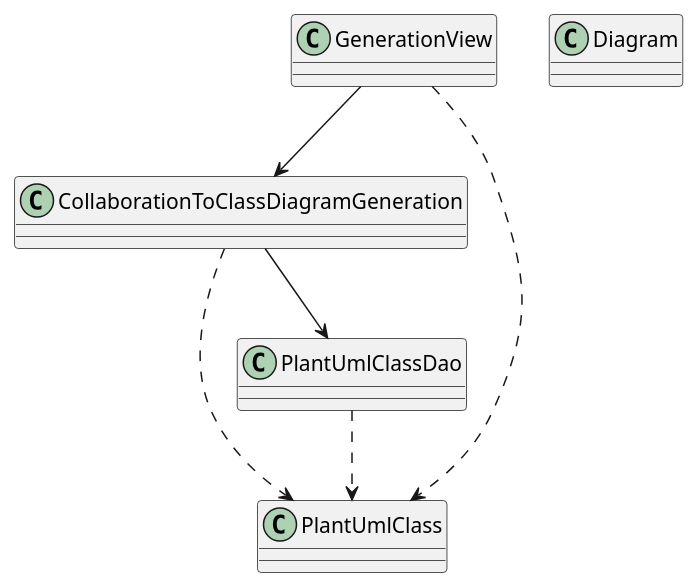
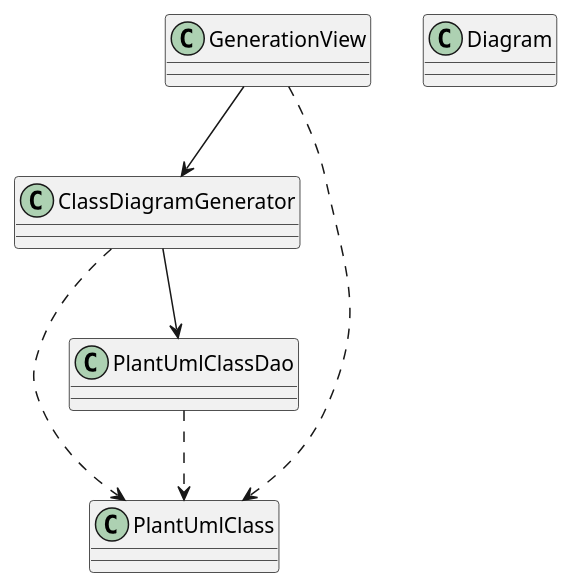
One commit to rup-projects/plantuml-generator changed the diagram in documentation/analisysview/arquitecture.puml. Above: the diagram before and after it, drawn with PlantUML. The commit also changed 3 other files, not shown here.

```diff
--- a/documentation/analisysview/arquitecture.puml
+++ b/documentation/analisysview/arquitecture.puml
@@ -1,16 +1,16 @@
 @startuml
 
 class GenerationView
-class CollaborationToClassDiagramGeneration
+class ClassDiagramGenerator
 class Diagram
 class PlantUmlClass
 class PlantUmlClassDao
 
-GenerationView --> CollaborationToClassDiagramGeneration
-CollaborationToClassDiagramGeneration --> PlantUmlClassDao
-CollaborationToClassDiagramGeneration ..> PlantUmlClass
+GenerationView --> ClassDiagramGenerator
+ClassDiagramGenerator --> PlantUmlClassDao
+ClassDiagramGenerator ..> PlantUmlClass
 
 PlantUmlClassDao ..> PlantUmlClass
 GenerationView ..> PlantUmlClass
 
 @enduml
```
